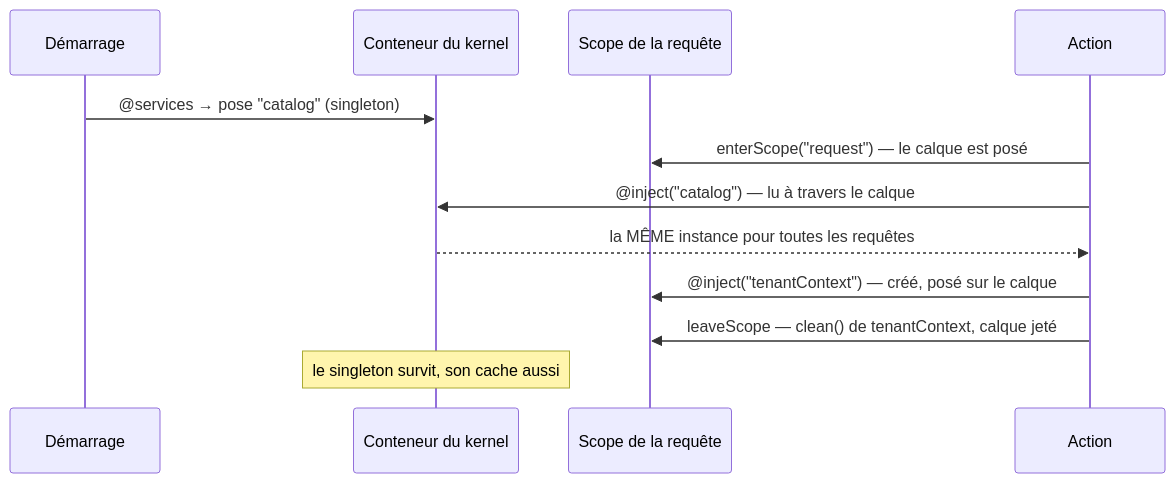
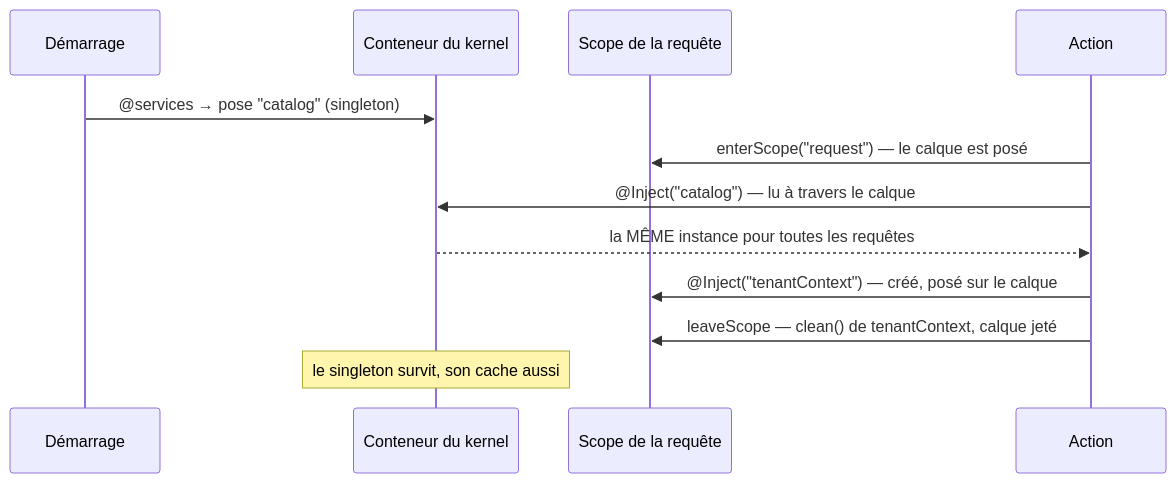
The third of 3 diagrams in docs/architecture/injection-portees.md (nodefony/nodefony-core), drawn with Mermaid before and after one commit. The commit also changed other lines of this file and 134 other files, not shown here.

````diff
--- a/docs/architecture/injection-portees.md
+++ b/docs/architecture/injection-portees.md
@@ -658,15 +656,15 @@
 ```mermaid
 sequenceDiagram
   participant B as Démarrage
   participant K as Conteneur du kernel
   participant S as Scope de la requête
   participant R as Action
 
   B->>K: @services → pose "catalog" (singleton)
   R->>S: enterScope("request") — le calque est posé
-  R->>K: @inject("catalog") — lu à travers le calque
+  R->>K: @Inject("catalog") — lu à travers le calque
   K-->>R: la MÊME instance pour toutes les requêtes
-  R->>S: @inject("tenantContext") — créé, posé sur le calque
+  R->>S: @Inject("tenantContext") — créé, posé sur le calque
   R->>S: leaveScope — clean() de tenantContext, calque jeté
   Note over K: le singleton survit, son cache aussi
 ```
````
